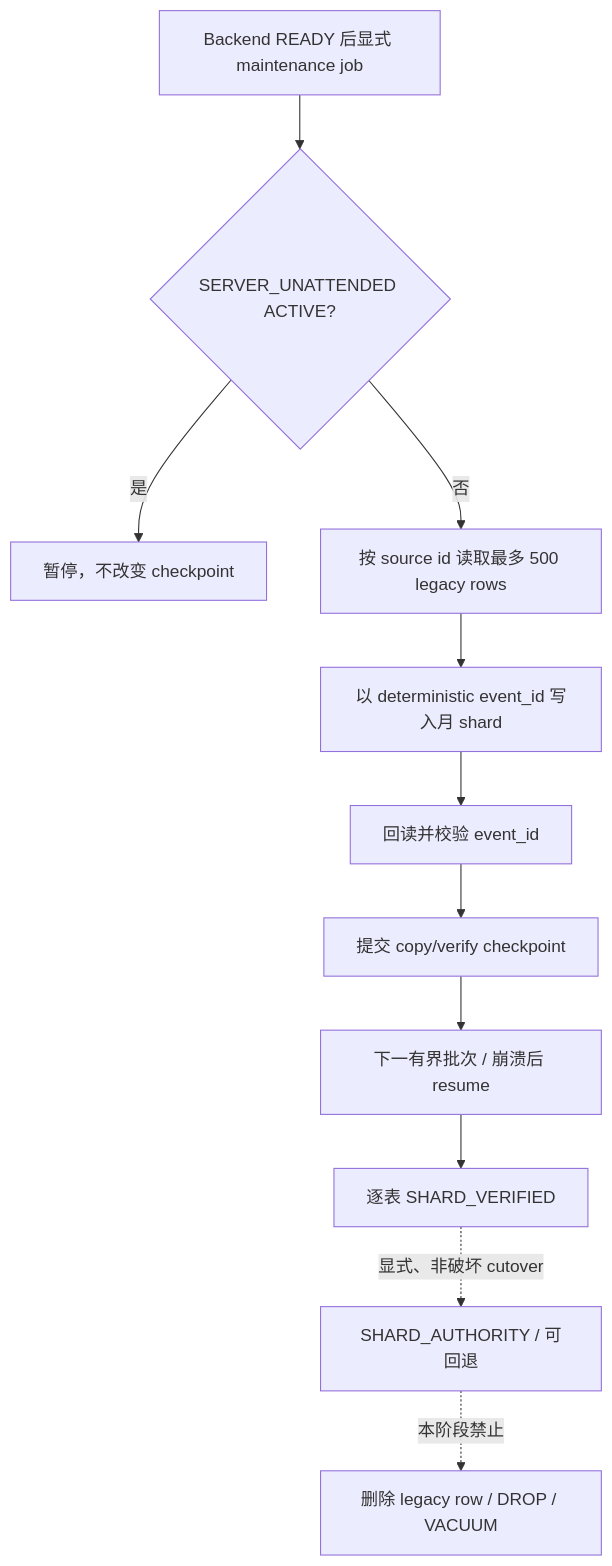
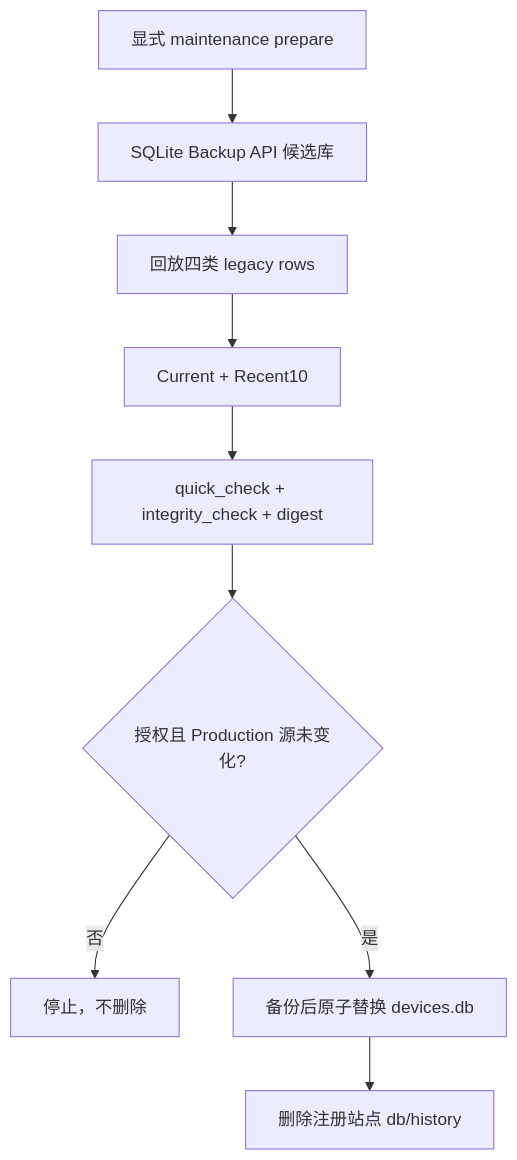
Before and after one commit to wxj183589/NetConsole: the third of 3 diagrams in docs/storage/DATA_LAYOUT.md, drawn with Mermaid. The commit also changed other lines of this file and 33 other files, not shown here.

First line of the commit message:
彻底退役 Legacy HistoryStore

````diff
--- a/docs/storage/DATA_LAYOUT.md
+++ b/docs/storage/DATA_LAYOUT.md
@@ -135,13 +118,11 @@
 ```mermaid
 flowchart TD
-    A["Backend READY 后显式 maintenance job"] --> B{"SERVER_UNATTENDED ACTIVE?"}
-    B -->|"是"| P["暂停，不改变 checkpoint"]
-    B -->|"否"| C["按 source id 读取最多 500 legacy rows"]
-    C --> D["以 deterministic event_id 写入月 shard"]
-    D --> E["回读并校验 event_id"]
-    E --> F["提交 copy/verify checkpoint"]
-    F --> G["下一有界批次 / 崩溃后 resume"]
-    G --> H["逐表 SHARD_VERIFIED"]
-    H -."显式、非破坏 cutover".-> I["SHARD_AUTHORITY / 可回退"]
-    I -."本阶段禁止".-> X["删除 legacy row / DROP / VACUUM"]
+    A["显式 maintenance prepare"] --> B["SQLite Backup API 候选库"]
+    B --> C["回放四类 legacy rows"]
+    C --> D["Current + Recent10"]
+    D --> E["quick_check + integrity_check + digest"]
+    E --> F{"授权且 Production 源未变化?"}
+    F -->|"否"| X["停止，不删除"]
+    F -->|"是"| G["备份后原子替换 devices.db"]
+    G --> H["删除注册站点 db/history"]
 ```
````
